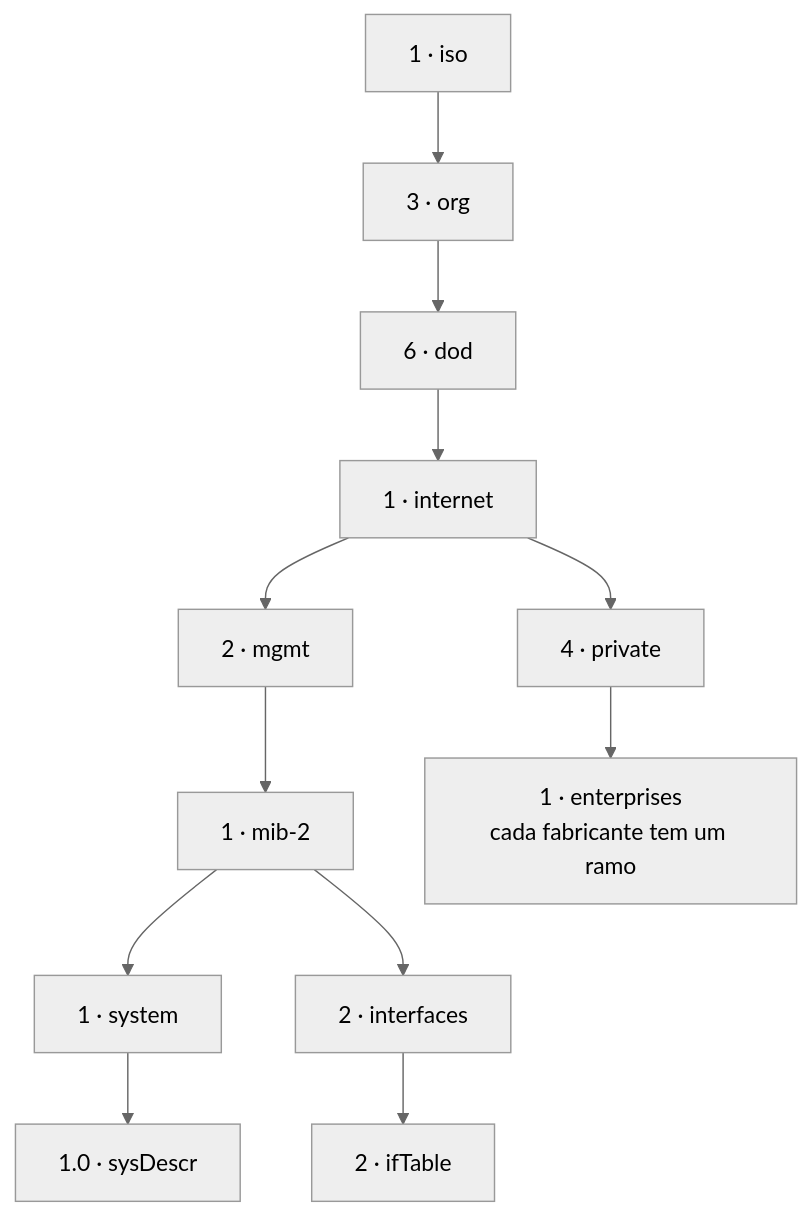
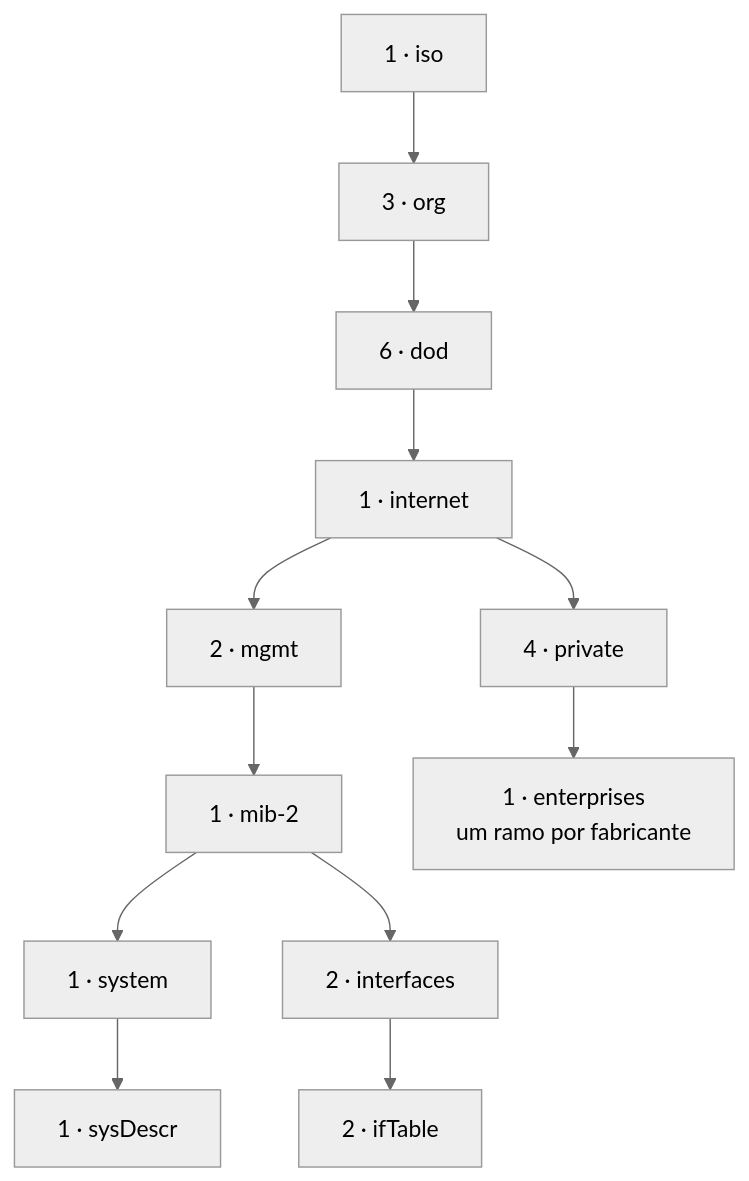
Before and after one commit to lab-rodrigor/gr-material: the diagram in ATIVIDADE-7-SNMP.md, drawn with Mermaid (neutral theme). The commit also changed other lines of this file, not shown here.

````diff
--- a/ATIVIDADE-7-SNMP.md
+++ b/ATIVIDADE-7-SNMP.md
@@ -33,14 +33,14 @@
 ```mermaid
 graph TD
     r["1 · iso"] --> o["3 · org"]
     o --> d["6 · dod"]
     d --> i["1 · internet"]
     i --> m["2 · mgmt"]
     i --> p["4 · private"]
     m --> mib["1 · mib-2"]
     mib --> sys["1 · system"]
     mib --> ifs["2 · interfaces"]
-    sys --> sd["1.0 · sysDescr"]
+    sys --> sd["1 · sysDescr"]
     ifs --> tab["2 · ifTable"]
-    p --> ent["1 · enterprises<br/>cada fabricante tem um ramo"]
+    p --> ent["1 · enterprises<br/>um ramo por fabricante"]
 ```
````
